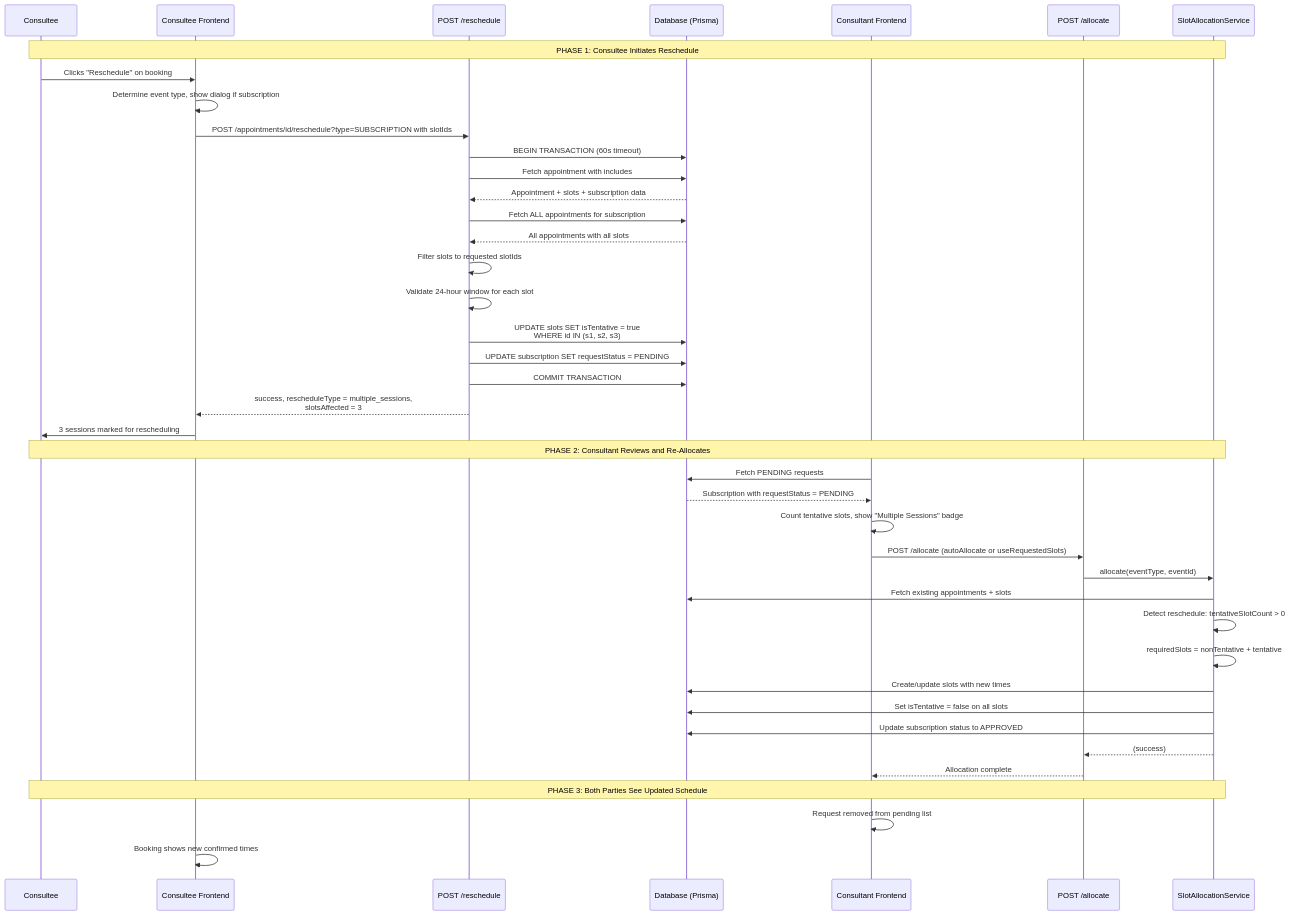
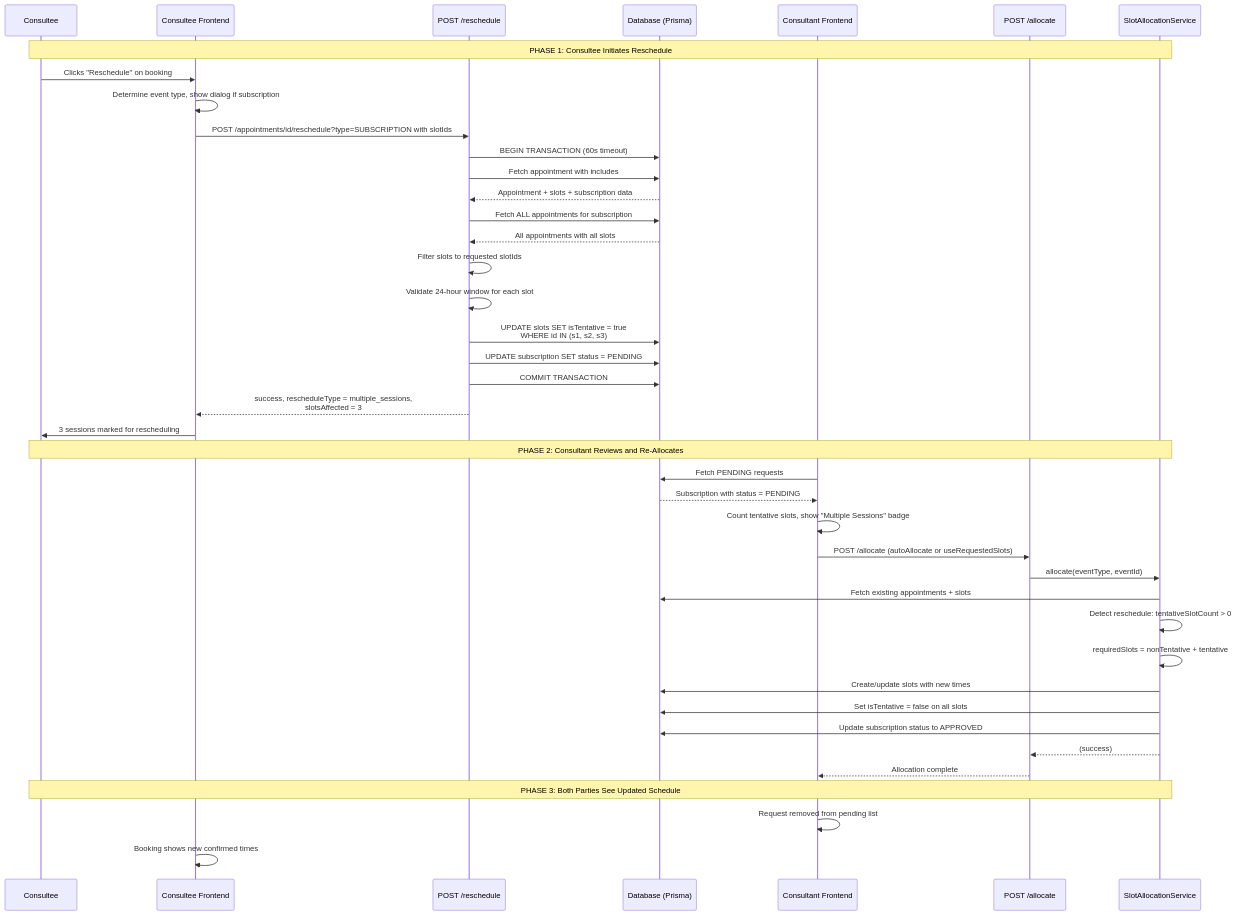
The fourth of 10 diagrams in docs/booking/07-rescheduling-flow.md (Practitionist/familiarise_web), drawn with Mermaid before and after one commit. The commit also changed other lines of this file and 56 other files, not shown here.

````diff
--- a/docs/booking/07-rescheduling-flow.md
+++ b/docs/booking/07-rescheduling-flow.md
@@ -321,60 +321,60 @@
 ```mermaid
 sequenceDiagram
     participant Consultee
     participant Frontend as Consultee Frontend
     participant RescheduleAPI as POST /reschedule
     participant DB as Database (Prisma)
     participant ConsultantUI as Consultant Frontend
     participant AllocateAPI as POST /allocate
     participant SlotService as SlotAllocationService
 
     Note over Consultee,SlotService: PHASE 1: Consultee Initiates Reschedule
 
     Consultee->>Frontend: Clicks "Reschedule" on booking
     Frontend->>Frontend: Determine event type, show dialog if subscription
 
     Frontend->>RescheduleAPI: POST /appointments/id/reschedule?type=SUBSCRIPTION with slotIds
 
     RescheduleAPI->>DB: BEGIN TRANSACTION (60s timeout)
     RescheduleAPI->>DB: Fetch appointment with includes
     DB-->>RescheduleAPI: Appointment + slots + subscription data
 
     RescheduleAPI->>DB: Fetch ALL appointments for subscription
     DB-->>RescheduleAPI: All appointments with all slots
 
     RescheduleAPI->>RescheduleAPI: Filter slots to requested slotIds
     RescheduleAPI->>RescheduleAPI: Validate 24-hour window for each slot
 
     RescheduleAPI->>DB: UPDATE slots SET isTentative = true<br/>WHERE id IN (s1, s2, s3)
-    RescheduleAPI->>DB: UPDATE subscription SET requestStatus = PENDING
+    RescheduleAPI->>DB: UPDATE subscription SET status = PENDING
     RescheduleAPI->>DB: COMMIT TRANSACTION
 
     RescheduleAPI-->>Frontend: success, rescheduleType = multiple_sessions,<br/>slotsAffected = 3
     Frontend->>Consultee: 3 sessions marked for rescheduling
 
     Note over Consultee,SlotService: PHASE 2: Consultant Reviews and Re-Allocates
 
     ConsultantUI->>DB: Fetch PENDING requests
-    DB-->>ConsultantUI: Subscription with requestStatus = PENDING
+    DB-->>ConsultantUI: Subscription with status = PENDING
 
     ConsultantUI->>ConsultantUI: Count tentative slots, show "Multiple Sessions" badge
 
     ConsultantUI->>AllocateAPI: POST /allocate (autoAllocate or useRequestedSlots)
     AllocateAPI->>SlotService: allocate(eventType, eventId)
 
     SlotService->>DB: Fetch existing appointments + slots
     SlotService->>SlotService: Detect reschedule: tentativeSlotCount > 0
     SlotService->>SlotService: requiredSlots = nonTentative + tentative
 
     SlotService->>DB: Create/update slots with new times
     SlotService->>DB: Set isTentative = false on all slots
     SlotService->>DB: Update subscription status to APPROVED
 
     SlotService-->>AllocateAPI: (success)
     AllocateAPI-->>ConsultantUI: Allocation complete
 
     Note over Consultee,SlotService: PHASE 3: Both Parties See Updated Schedule
 
     ConsultantUI->>ConsultantUI: Request removed from pending list
     Frontend->>Frontend: Booking shows new confirmed times
 ```
````
